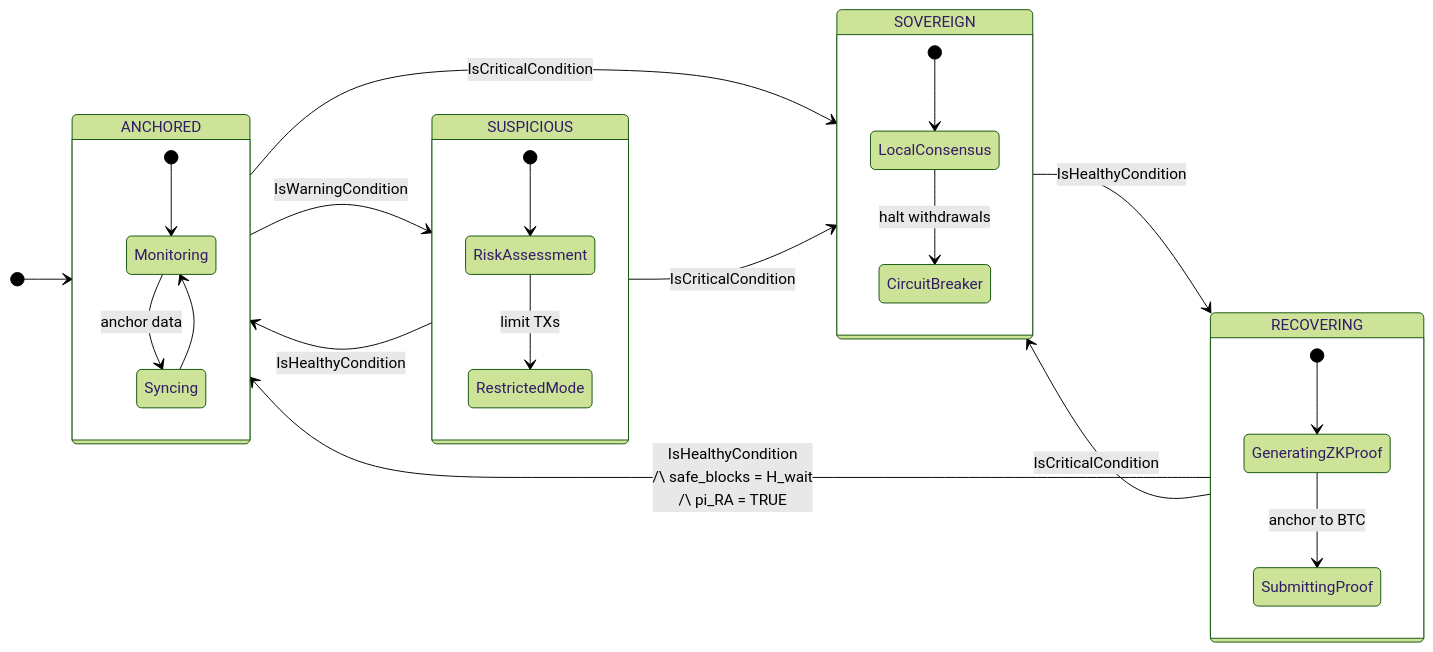
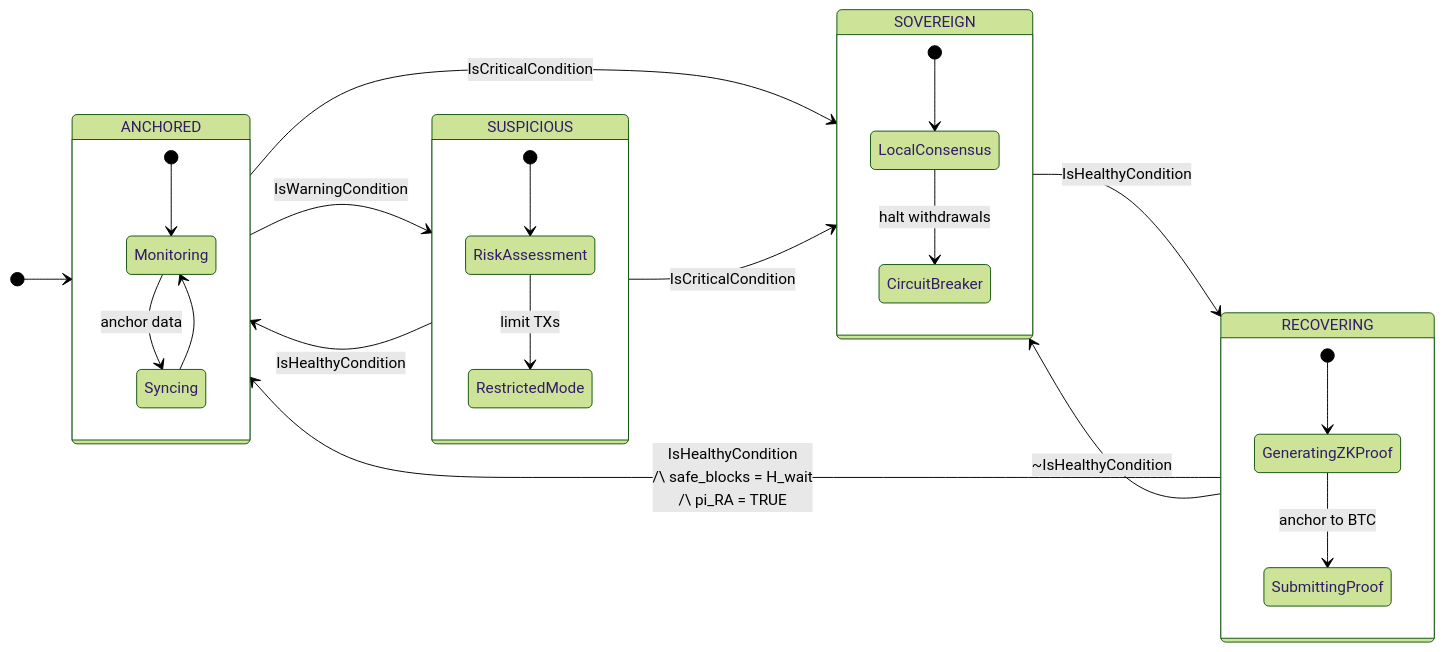
One commit to cuongct924/engram-sovereign-fsm changed the first of 8 diagrams in spec/README.md. Above: the diagram before and after it, drawn with Mermaid (forest theme). The commit also changed 17 other files, not shown here.

Commit message:
test: e2e recovery flow

````diff
--- a/spec/README.md
+++ b/spec/README.md
@@ -124,39 +124,39 @@
 ```mermaid
 stateDiagram-v2
     direction LR
 
     [*] --> ANCHORED
 
     state ANCHORED {
         [*] --> Monitoring
         Monitoring --> Syncing : anchor data
         Syncing --> Monitoring
     }
 
     state SUSPICIOUS {
         [*] --> RiskAssessment
         RiskAssessment --> RestrictedMode : limit TXs
     }
 
     state SOVEREIGN {
         [*] --> LocalConsensus
         LocalConsensus --> CircuitBreaker : halt withdrawals
     }
 
     state RECOVERING {
         direction TB
         [*] --> GeneratingZKProof
         GeneratingZKProof --> SubmittingProof : anchor to BTC
     }
 
     ANCHORED --> SUSPICIOUS : IsWarningCondition
     ANCHORED --> SOVEREIGN  : IsCriticalCondition
 
     SUSPICIOUS --> ANCHORED  : IsHealthyCondition
     SUSPICIOUS --> SOVEREIGN : IsCriticalCondition
 
     SOVEREIGN --> RECOVERING : IsHealthyCondition
 
     RECOVERING --> ANCHORED   : IsHealthyCondition <br>/\ safe_blocks = H_wait <br>/\ pi_RA = TRUE
-    RECOVERING --> SOVEREIGN  : IsCriticalCondition
+    RECOVERING --> SOVEREIGN  : ~IsHealthyCondition
 ```
````
